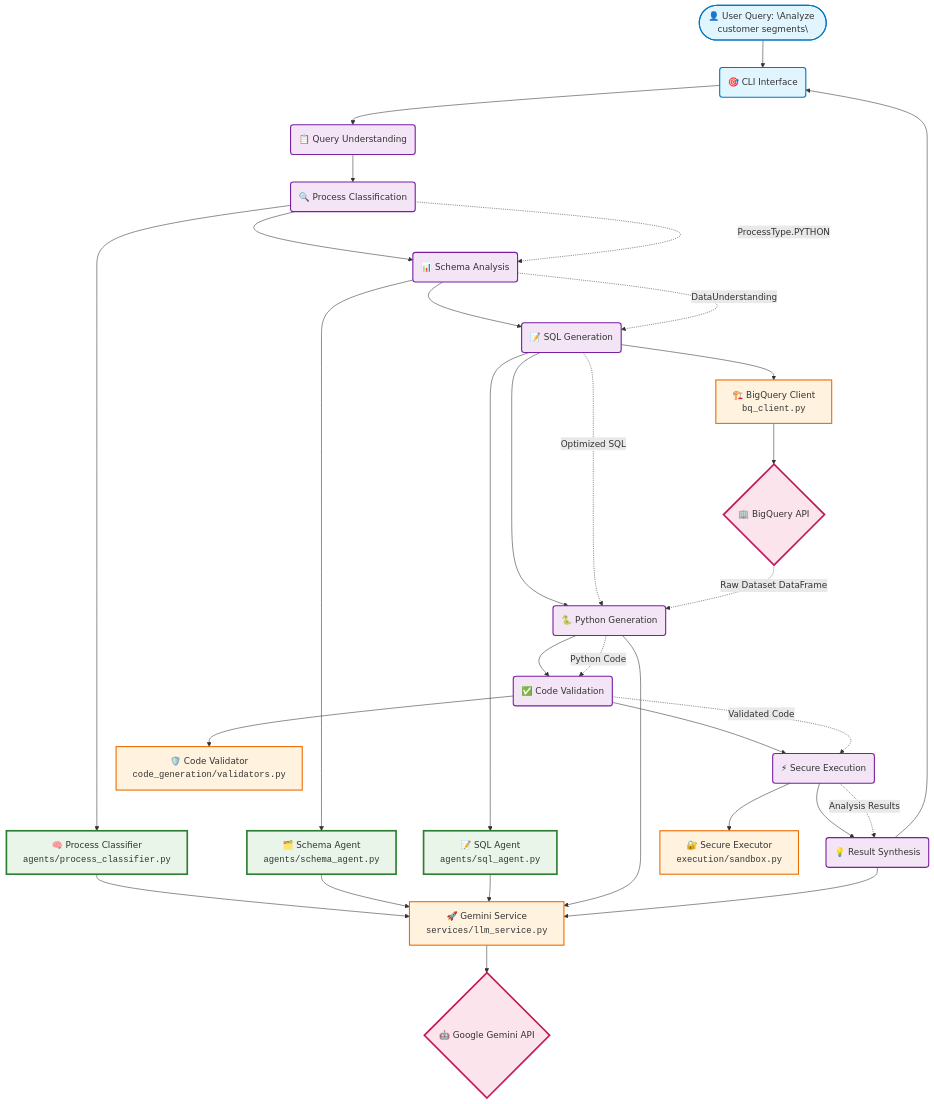
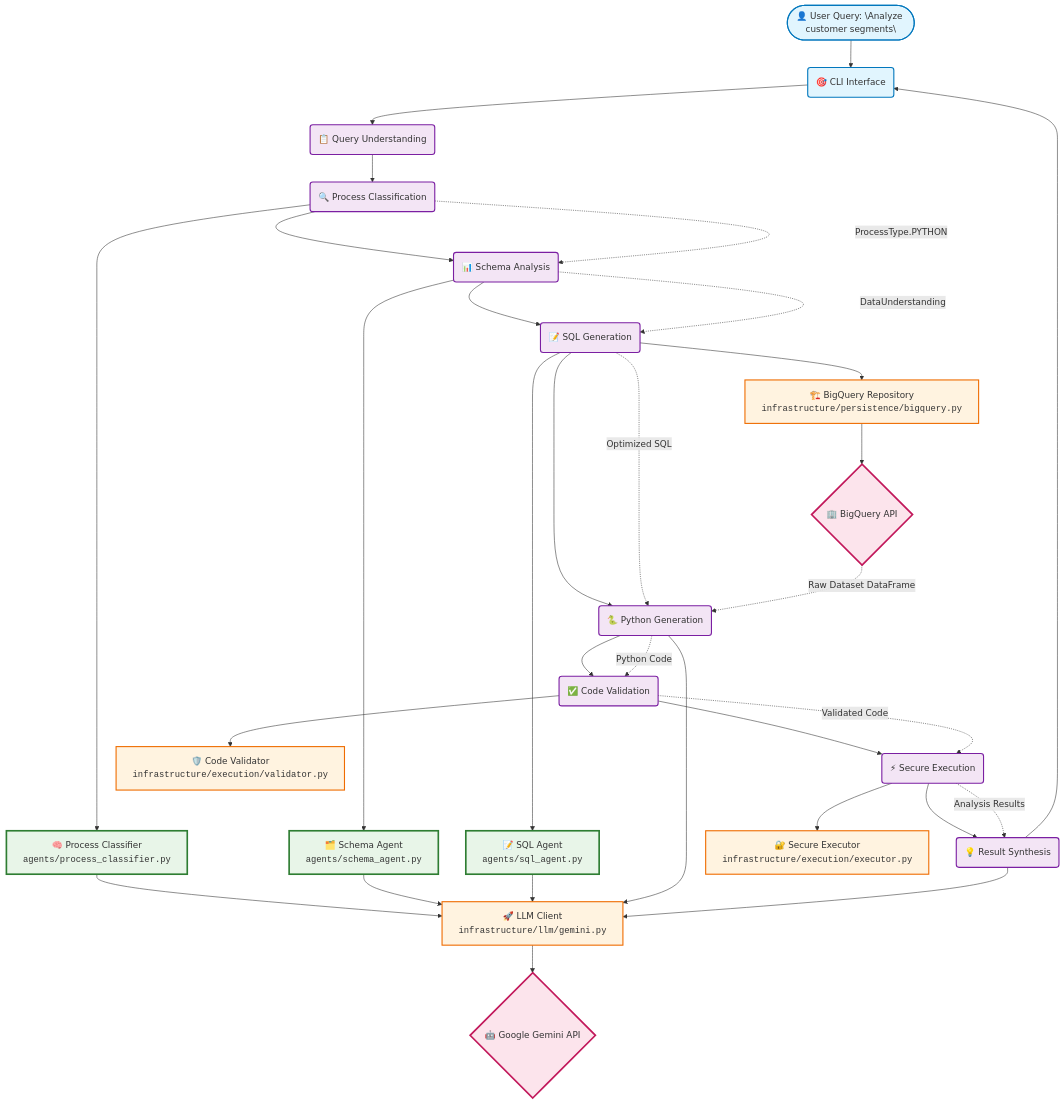
Before and after one commit to JulianLopezB/langgraph-ecommerce-analyst: the diagram in ARCHITECTURE.md, drawn with Mermaid. The commit also changed other lines of this file and 86 other files, not shown here.

````diff
--- a/ARCHITECTURE.md
+++ b/ARCHITECTURE.md
@@ -10,58 +10,58 @@
 ```mermaid
 flowchart TD
     %% User Input
     USER(["👤 User Query: \"Analyze customer segments\""]) --> CLI
     
     %% Core Workflow (Circles)
     CLI(🎯 CLI Interface) --> WF_START(📋 Query Understanding)
     WF_START --> WF_CLASSIFY(🔍 Process Classification)
     WF_CLASSIFY --> WF_SCHEMA(📊 Schema Analysis)  
     WF_SCHEMA --> WF_SQL(📝 SQL Generation)
     WF_SQL --> WF_PYTHON(🐍 Python Generation)
     WF_PYTHON --> WF_VALIDATE(✅ Code Validation)
     WF_VALIDATE --> WF_EXECUTE(⚡ Secure Execution)
     WF_EXECUTE --> WF_SYNTHESIZE(💡 Result Synthesis)
     WF_SYNTHESIZE --> CLI
     
     %% AI Agents (Squares)
     WF_CLASSIFY --> PC["🧠 Process Classifier<br/><code>agents/process_classifier.py</code>"]
     WF_SCHEMA --> SA["🗂️ Schema Agent<br/><code>agents/schema_agent.py</code>"]
     WF_SQL --> SQL_AGENT["📝 SQL Agent<br/><code>agents/sql_agent.py</code>"]
     
     %% Services (Rectangles)
-    PC --> LLM[🚀 Gemini Service<br/><code>services/llm_service.py</code>]
+    PC --> LLM[🚀 LLM Client<br/><code>infrastructure/llm/gemini.py</code>]
     SA --> LLM
     SQL_AGENT --> LLM
     WF_PYTHON --> LLM
     WF_SYNTHESIZE --> LLM
     
-    WF_VALIDATE --> VAL[🛡️ Code Validator<br/><code>code_generation/validators.py</code>]
-    WF_EXECUTE --> EXECUTOR[🔐 Secure Executor<br/><code>execution/sandbox.py</code>]
+    WF_VALIDATE --> VAL[🛡️ Code Validator<br/><code>infrastructure/execution/validator.py</code>]
+    WF_EXECUTE --> EXECUTOR[🔐 Secure Executor<br/><code>infrastructure/execution/executor.py</code>]
     
     %% External APIs (Diamonds)  
     LLM --> GEMINI{🤖 Google Gemini API}
-    WF_SQL --> BQ_CLIENT[🏗️ BigQuery Client<br/><code>bq_client.py</code>]
+    WF_SQL --> BQ_CLIENT[🏗️ BigQuery Repository<br/><code>infrastructure/persistence/bigquery.py</code>]
     BQ_CLIENT --> BIGQUERY{🏢 BigQuery API}
     
     %% Data Annotations
     WF_CLASSIFY -.->|ProcessType.PYTHON| WF_SCHEMA
     WF_SCHEMA -.->|DataUnderstanding| WF_SQL
     WF_SQL -.->|Optimized SQL| WF_PYTHON
     WF_PYTHON -.->|Python Code| WF_VALIDATE
     WF_VALIDATE -.->|Validated Code| WF_EXECUTE
     WF_EXECUTE -.->|Analysis Results| WF_SYNTHESIZE
     BIGQUERY -.->|Raw Dataset DataFrame| WF_PYTHON
     
     %% Styling with different shapes
     classDef workflow fill:#f3e5f5,stroke:#7b1fa2,stroke-width:2px
     classDef agent fill:#e8f5e8,stroke:#2e7d32,stroke-width:3px
     classDef service fill:#fff3e0,stroke:#ef6c00,stroke-width:2px
     classDef external fill:#fce4ec,stroke:#c2185b,stroke-width:3px
     classDef user fill:#e1f5fe,stroke:#0277bd,stroke-width:2px
     
     class USER,CLI user
     class WF_START,WF_CLASSIFY,WF_SCHEMA,WF_SQL,WF_PYTHON,WF_VALIDATE,WF_EXECUTE,WF_SYNTHESIZE workflow
     class PC,SA,SQL_AGENT agent
     class LLM,VAL,EXECUTOR,BQ_CLIENT service
     class GEMINI,BIGQUERY external
 ```
````
